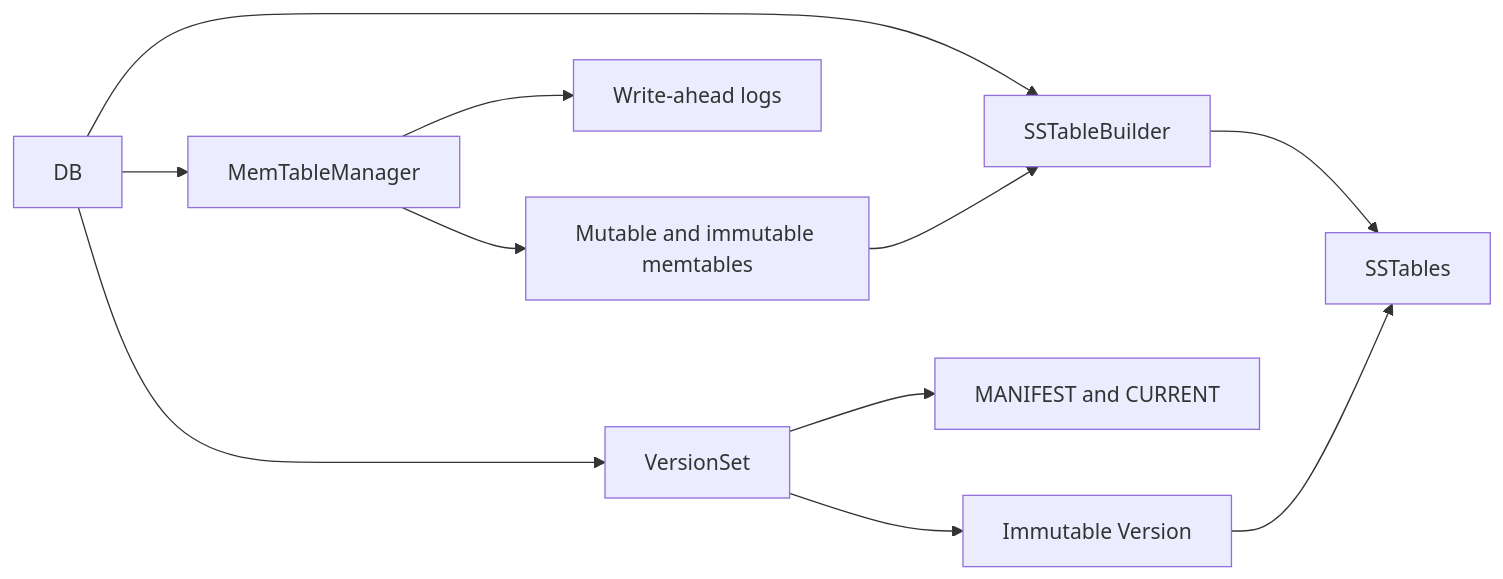
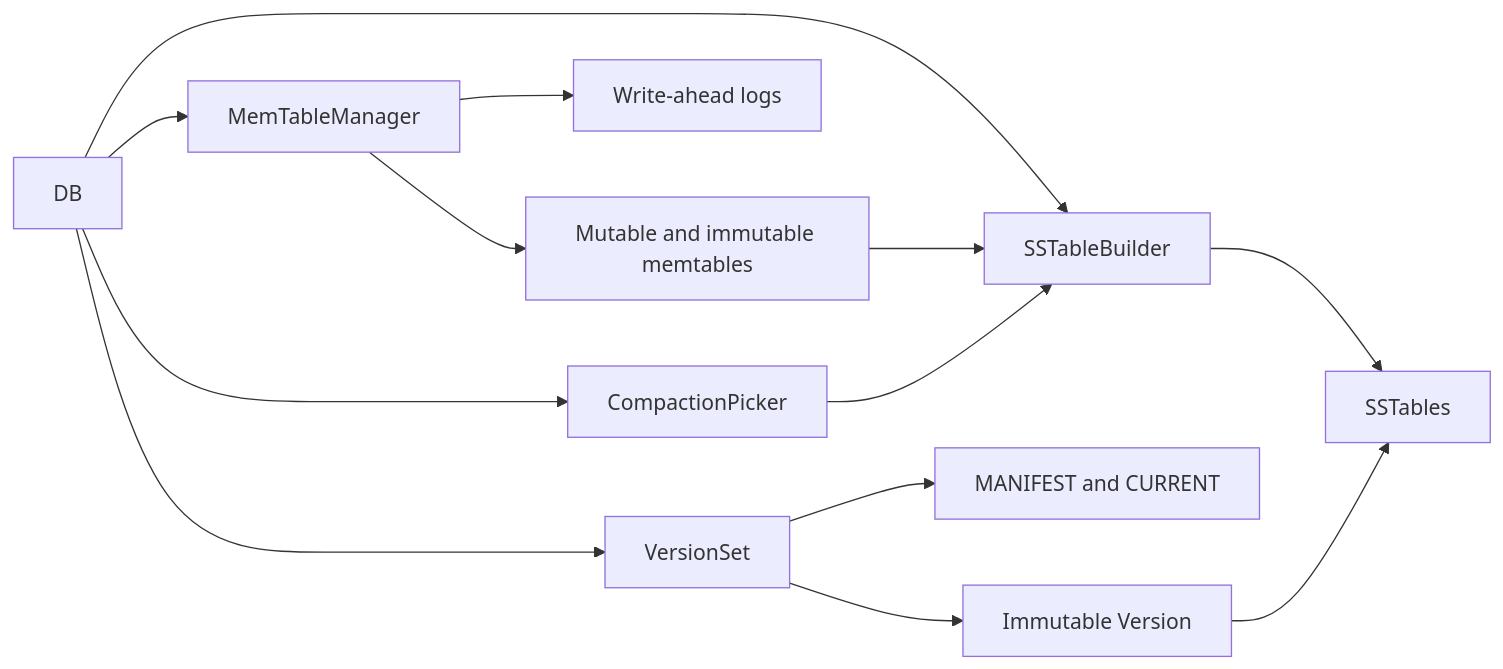
Before and after one commit to 16aryank/lsm-tree: the diagram in ARCHITECTURE.md, drawn with Mermaid. The commit also changed other lines of this file and 1 other file, not shown here.

Commit message:
docs: describe compaction design and remaining snapshot work

````diff
--- a/ARCHITECTURE.md
+++ b/ARCHITECTURE.md
@@ -19,13 +19,15 @@
 ```mermaid
 flowchart LR
     DB --> Manager[MemTableManager]
     Manager --> Memory[Mutable and immutable memtables]
     Manager --> WAL[Write-ahead logs]
     DB --> Builder[SSTableBuilder]
     Memory --> Builder
     Builder --> Tables[SSTables]
+    DB --> Picker[CompactionPicker]
+    Picker --> Builder
     DB --> Versions[VersionSet]
     Versions --> Manifest[MANIFEST and CURRENT]
     Versions --> Reads[Immutable Version]
     Reads --> Tables
 ```
````
